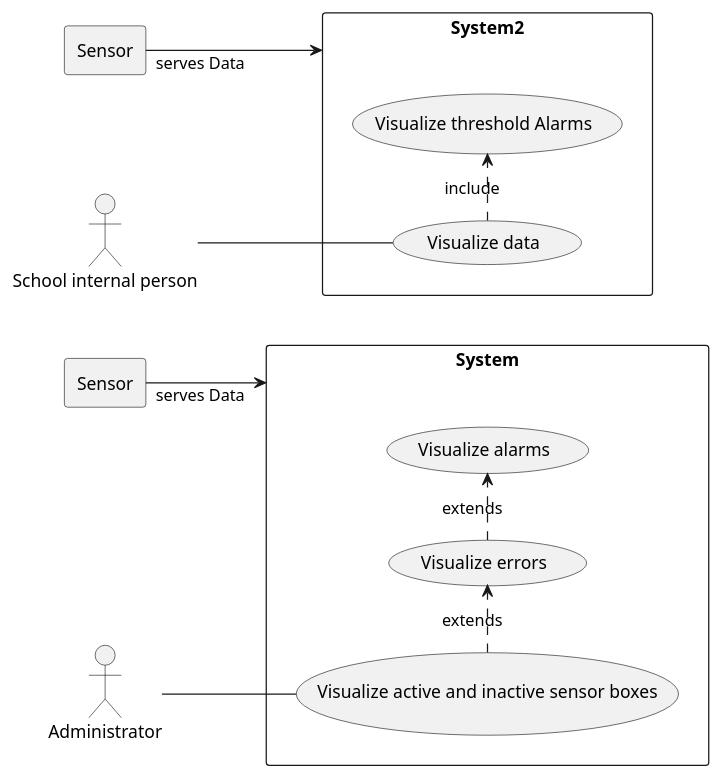
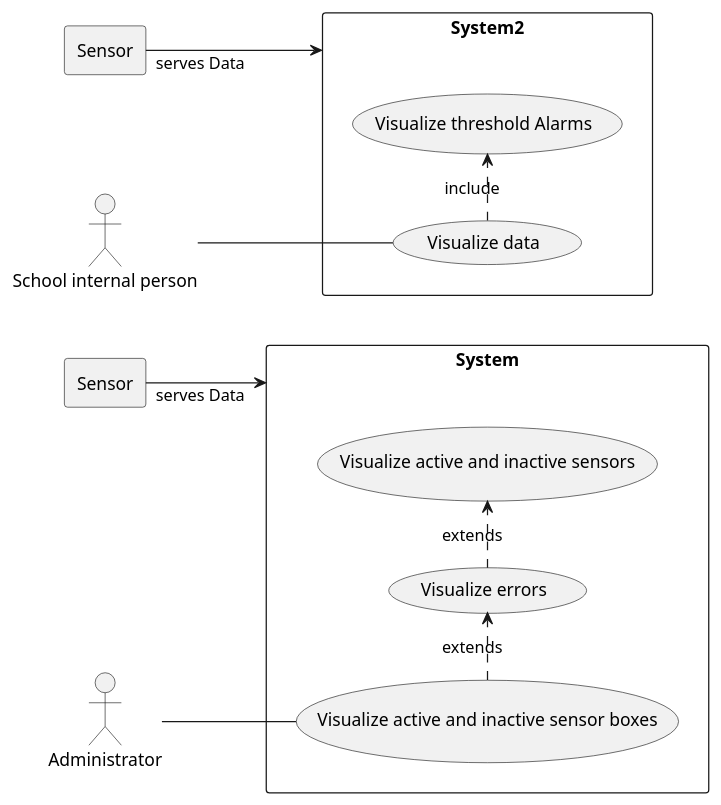
One commit to 2324-5bhitm-itp/2223-4bhitm-project-iot-dashboard changed the diagram in docs/asciidocs/plantuml/ucd.puml. Above: the diagram before and after it, drawn with PlantUML.

Commit message:
Updated UCD

```diff
--- a/docs/asciidocs/plantuml/ucd.puml
+++ b/docs/asciidocs/plantuml/ucd.puml
@@ -1,41 +1,41 @@
 @startuml
 'https://plantuml.com/sequence-diagram
 
 'UCD -------------------------
 
 left to right direction
 
 rectangle Sensor
 
 Sensor "serves Data" --> System
 
 actor "Administrator" as Administrator
 
 rectangle System as System {
   usecase "Visualize active and inactive sensor boxes" as UC1
 
   usecase "Visualize errors" as UC2
-  usecase "Visualize alarms" as UC3
+  usecase "Visualize active and inactive sensors" as UC3
 }
 
 Administrator -- UC1
 
 (UC1) .> (UC2) : extends
 (UC2) .> (UC3) : extends
 
 'UCD2 ------------------------
 rectangle Sensor2 as "Sensor"
 
 Sensor2 "serves Data" --> System2
 
 actor "School internal person" as School
 
 rectangle System as System2 {
   usecase "Visualize data" as UC12
   usecase "Visualize threshold Alarms" as UC22
 }
 
 School -- UC12
 (UC12) .> (UC22) : include
 
 @enduml
```
